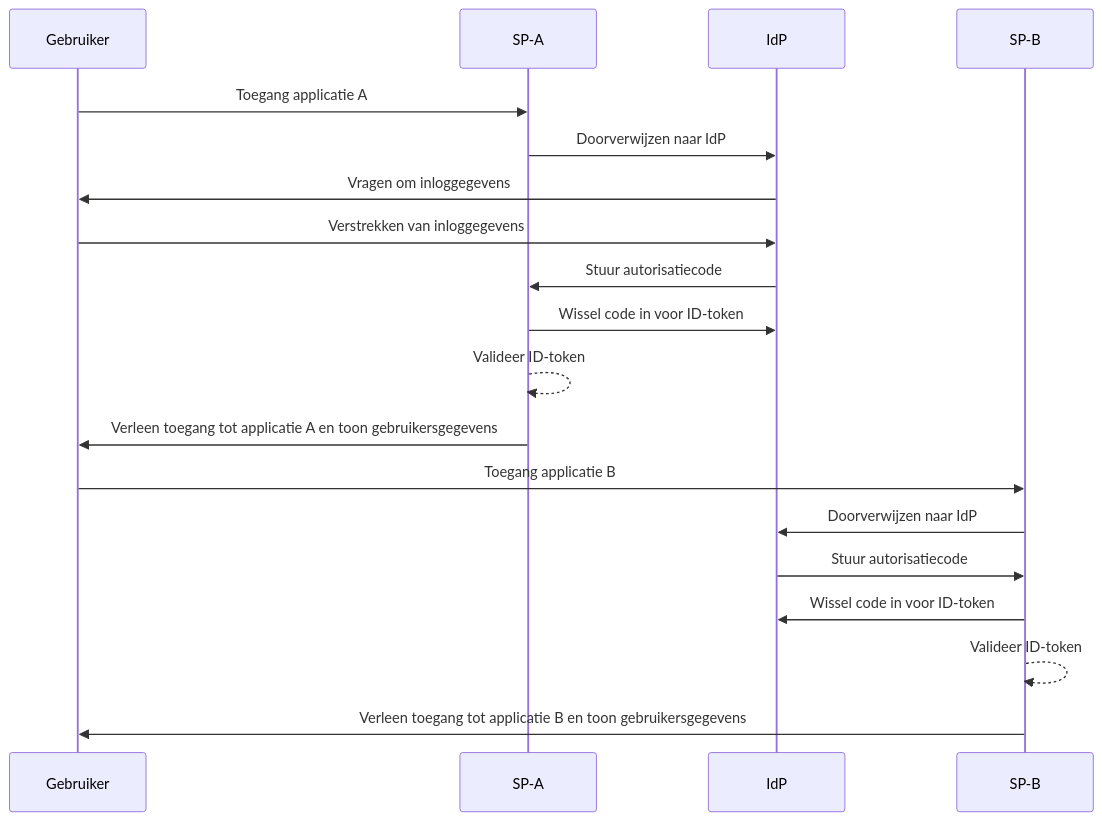
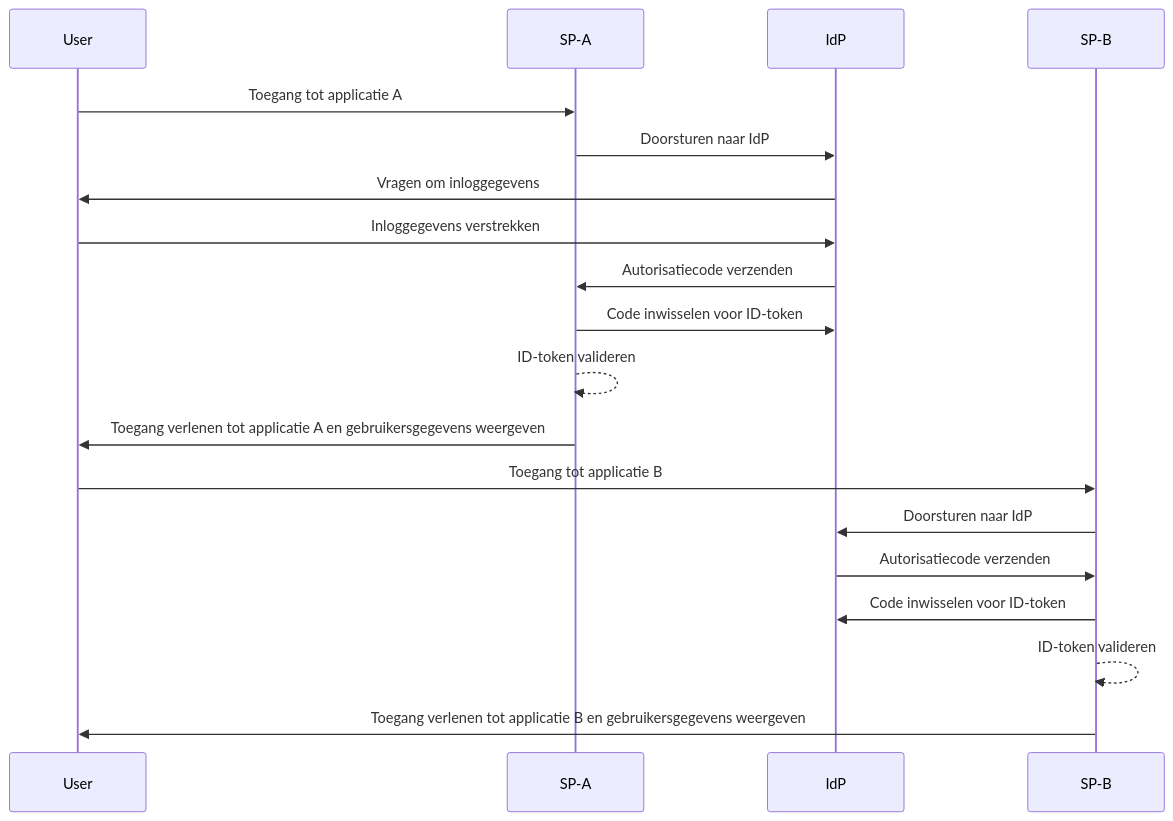
Before and after one commit to logto-io/auth-wiki: the second of 2 diagrams in src/content/terms/nl/single-sign-on.mdx, drawn with Mermaid. The commit also changed other lines of this file and 48 other files, not shown here.

````diff
--- a/src/content/terms/nl/single-sign-on.mdx
+++ b/src/content/terms/nl/single-sign-on.mdx
@@ -54,22 +54,22 @@
 ```mermaid
 sequenceDiagram
-    participant Gebruiker
+    participant User
     participant SP-A
     participant IdP
     participant SP-B
 
-    Gebruiker->>SP-A: Toegang applicatie A
-    SP-A->>IdP: Doorverwijzen naar IdP
-    IdP->>Gebruiker: Vragen om inloggegevens
-    Gebruiker->>IdP: Verstrekken van inloggegevens
-    IdP->>SP-A: Stuur autorisatiecode
-    SP-A->>IdP: Wissel code in voor ID-token
-    SP-A-->>SP-A: Valideer ID-token
-    SP-A->>Gebruiker: Verleen toegang tot applicatie A en toon gebruikersgegevens
-    Gebruiker->>SP-B: Toegang applicatie B
-    SP-B->>IdP: Doorverwijzen naar IdP
-    IdP->>SP-B: Stuur autorisatiecode
-    SP-B->>IdP: Wissel code in voor ID-token
-    SP-B-->>SP-B: Valideer ID-token
-    SP-B->>Gebruiker: Verleen toegang tot applicatie B en toon gebruikersgegevens
+    User->>SP-A: Toegang tot applicatie A
+    SP-A->>IdP: Doorsturen naar IdP
+    IdP->>User: Vragen om inloggegevens
+    User->>IdP: Inloggegevens verstrekken
+    IdP->>SP-A: Autorisatiecode verzenden
+    SP-A->>IdP: Code inwisselen voor ID-token
+    SP-A-->>SP-A: ID-token valideren
+    SP-A->>User: Toegang verlenen tot applicatie A en gebruikersgegevens weergeven
+    User->>SP-B: Toegang tot applicatie B
+    SP-B->>IdP: Doorsturen naar IdP
+    IdP->>SP-B: Autorisatiecode verzenden
+    SP-B->>IdP: Code inwisselen voor ID-token
+    SP-B-->>SP-B: ID-token valideren
+    SP-B->>User: Toegang verlenen tot applicatie B en gebruikersgegevens weergeven
 ```
````
